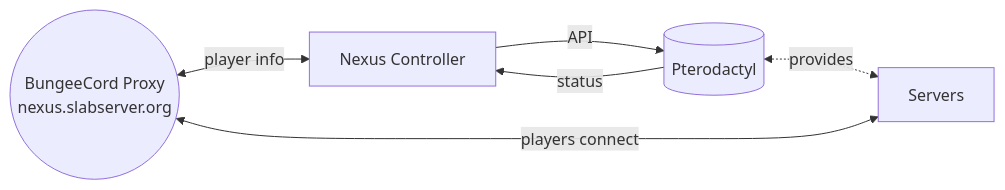
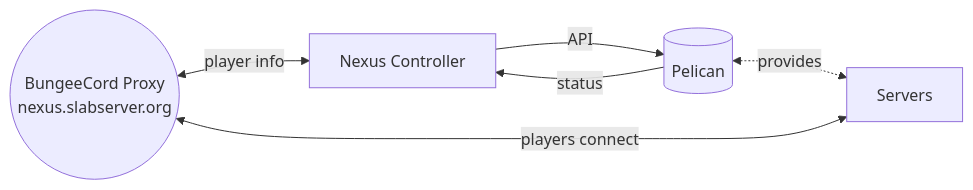
One commit to Slabserver/slabserver.github.io changed the first of 2 diagrams in docs/documentation/nexus/architecture.md. Above: the diagram before and after it, drawn with Mermaid. The commit also changed other lines of this file and 4 other files, not shown here.

````diff
--- a/docs/documentation/nexus/architecture.md
+++ b/docs/documentation/nexus/architecture.md
@@ -8,14 +8,14 @@
 ```mermaid
 flowchart LR
 
 Proxy(("BungeeCord Proxy\nnexus.slabserver.org"))
 Controller["Nexus Controller"]
-Panel[("Pterodactyl")]
+Panel[("Pelican")]
 Servers[Servers]
 
 Panel <-.-> |provides|Servers
 Proxy <--> | players connect | Servers
 Proxy <-->|player info| Controller
 Controller -->|API| Panel
 Panel -->|status| Controller
 ```
````
